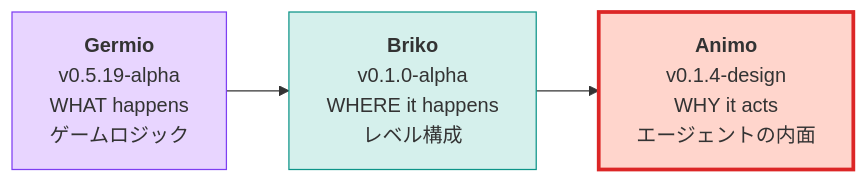
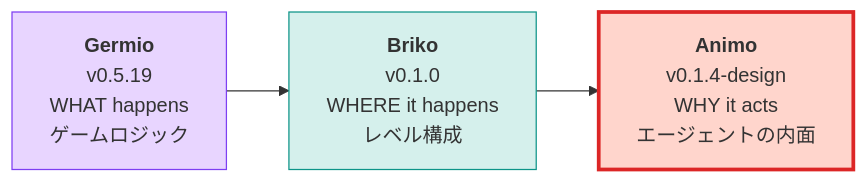
One commit to hiroxpepe/animo changed the first of 59 diagrams in docs/animo_spec_v0.1.5_JP.md. Above: the diagram before and after it, drawn with Mermaid. The commit also changed other lines of this file and 8 other files, not shown here.

````diff
--- a/docs/animo_spec_v0.1.5_JP.md
+++ b/docs/animo_spec_v0.1.5_JP.md
@@ -47,10 +47,10 @@
 ```mermaid
 flowchart LR
-  G["<b>Germio</b><br/>v0.5.19-alpha<br/>WHAT happens<br/>ゲームロジック"]
-  B["<b>Briko</b><br/>v0.1.0-alpha<br/>WHERE it happens<br/>レベル構成"]
+  G["<b>Germio</b><br/>v0.5.19<br/>WHAT happens<br/>ゲームロジック"]
+  B["<b>Briko</b><br/>v0.1.0<br/>WHERE it happens<br/>レベル構成"]
   A["<b>Animo</b><br/>v0.1.4-design<br/>WHY it acts<br/>エージェントの内面"]
   G --> B --> A
   style G fill:#e8d5ff,stroke:#7e3ff2
   style B fill:#d5f0ec,stroke:#0d9488
   style A fill:#ffd5cc,stroke:#dc2626,stroke-width:3px
 ```
````
